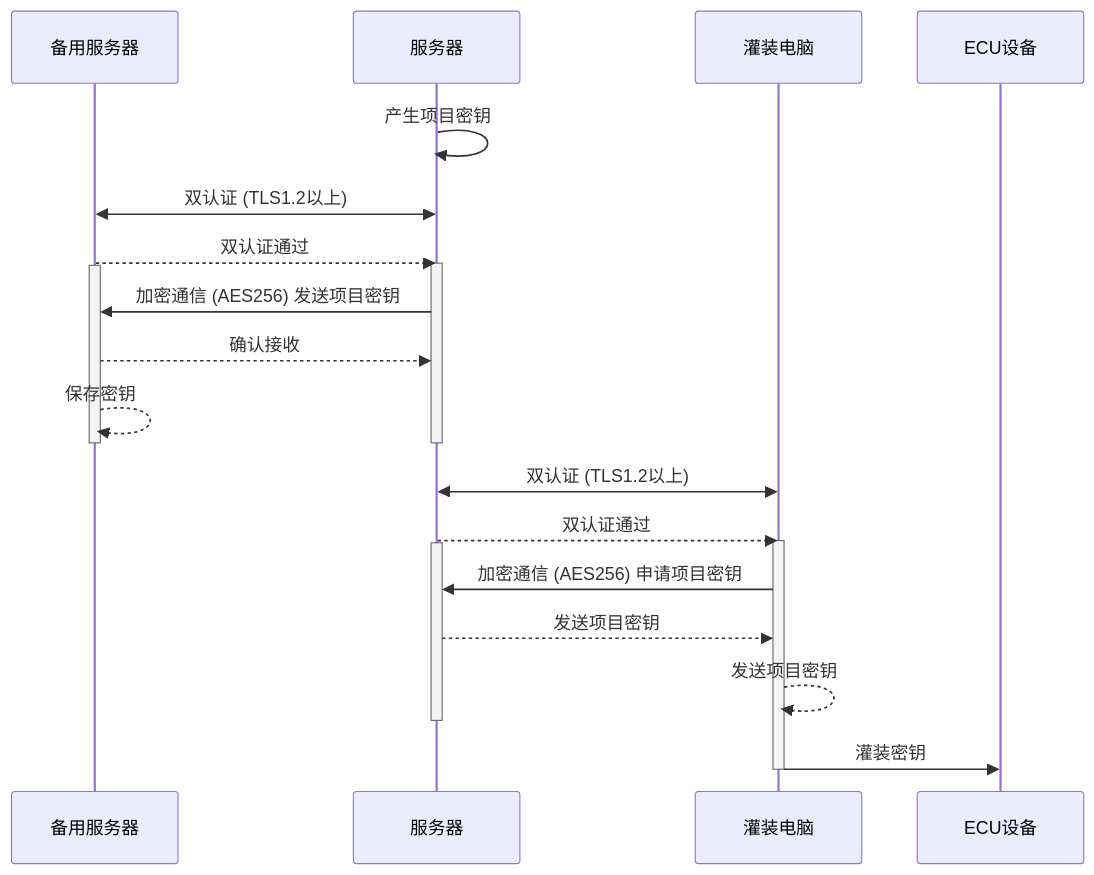
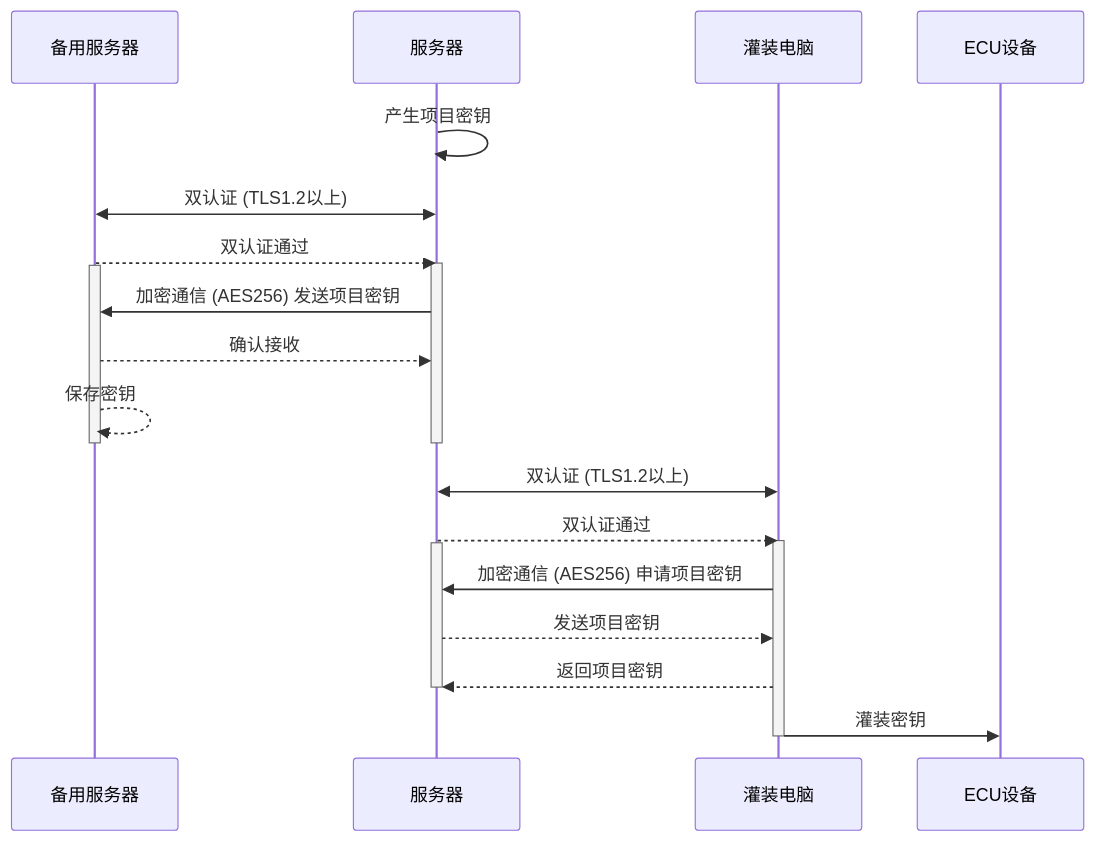
Before and after one commit to facebook-cloud/iodraw-files: the diagram in all/未命名-10.md, drawn with Mermaid.

Commit message:
2026-01-15 10:59:39 update

````diff
--- a/all/未命名-10.md
+++ b/all/未命名-10.md
@@ -1,30 +1,30 @@
 ```mermaid
 sequenceDiagram
     participant B as 备用服务器
     participant A as 服务器
     participant C as 灌装电脑
     participant D as ECU设备
 
     A->>A: 产生项目密钥
     A<<->>B: 双认证 (TLS1.2以上)
     B-->>A: 双认证通过
     activate A
     activate B
     A->>B: 加密通信 (AES256) 发送项目密钥
     B-->>A: 确认接收
     B-->>B: 保存密钥
     deactivate B
     deactivate A
 
     C<<->>A: 双认证 (TLS1.2以上)
     A-->>C: 双认证通过
     activate C
     activate A
     C->>A: 加密通信 (AES256) 申请项目密钥
     A-->>C: 发送项目密钥
-    C-->>C: 发送项目密钥
+    C-->>A: 返回项目密钥
     deactivate A
     C->>D: 灌装密钥
     deactivate C
 
 ```
````
